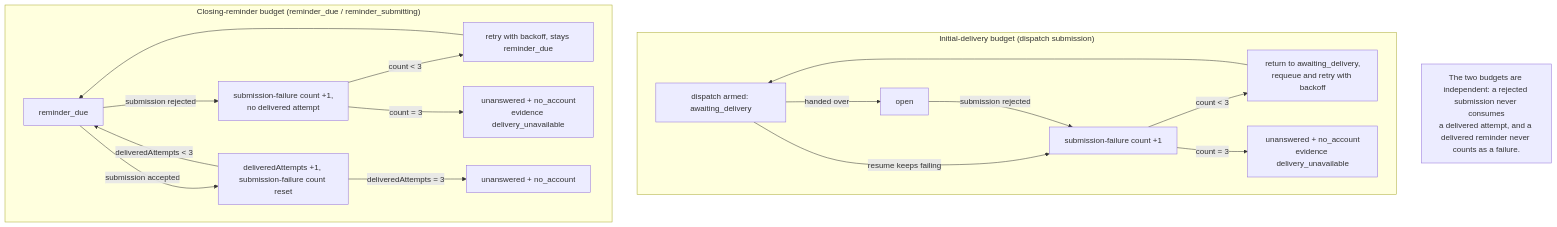
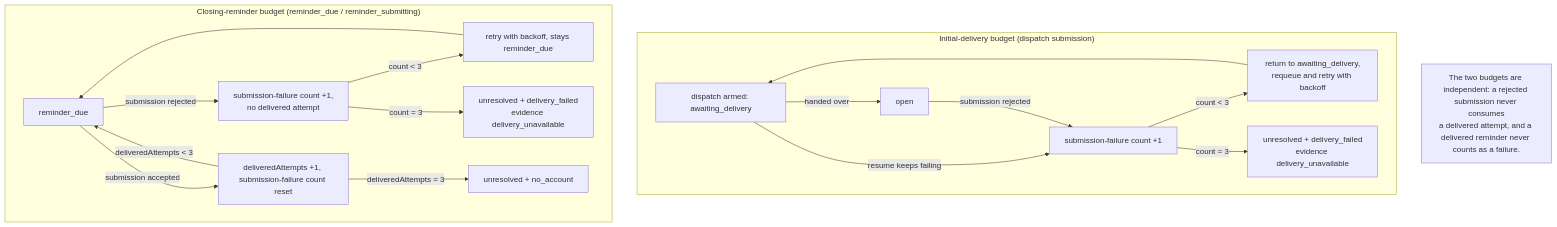
Before and after one commit to LelouchHe/webagent: the fourth of 6 diagrams in docs/task-mcp.md, drawn with Mermaid. The commit also changed other lines of this file and 8 other files, not shown here.

````diff
--- a/docs/task-mcp.md
+++ b/docs/task-mcp.md
@@ -262,21 +275,21 @@
 ```mermaid
 flowchart TD
     subgraph Initial["Initial-delivery budget (dispatch submission)"]
         A0[dispatch armed: awaiting_delivery] -->|handed over| A1[open]
         A0 -->|resume keeps failing| A2[submission-failure count +1]
         A1 -->|submission rejected| A2
         A2 -->|count < 3| A3[return to awaiting_delivery,<br/>requeue and retry with backoff]
         A3 --> A0
-        A2 -->|count = 3| A4[unanswered + no_account<br/>evidence delivery_unavailable]
+        A2 -->|count = 3| A4[unresolved + delivery_failed<br/>evidence delivery_unavailable]
     end
     subgraph Closing["Closing-reminder budget (reminder_due / reminder_submitting)"]
         B1[reminder_due] -->|submission rejected| B2[submission-failure count +1,<br/>no delivered attempt]
         B2 -->|count < 3| B3[retry with backoff, stays reminder_due]
         B3 --> B1
-        B2 -->|count = 3| B4[unanswered + no_account<br/>evidence delivery_unavailable]
+        B2 -->|count = 3| B4[unresolved + delivery_failed<br/>evidence delivery_unavailable]
         B1 -->|submission accepted| B5[deliveredAttempts +1, submission-failure count reset]
         B5 -->|deliveredAttempts < 3| B1
-        B5 -->|deliveredAttempts = 3| B6[unanswered + no_account]
+        B5 -->|deliveredAttempts = 3| B6[unresolved + no_account]
     end
     Note[The two budgets are independent: a rejected submission never consumes<br/>a delivered attempt, and a delivered reminder never counts as a failure.]
 ```
````
